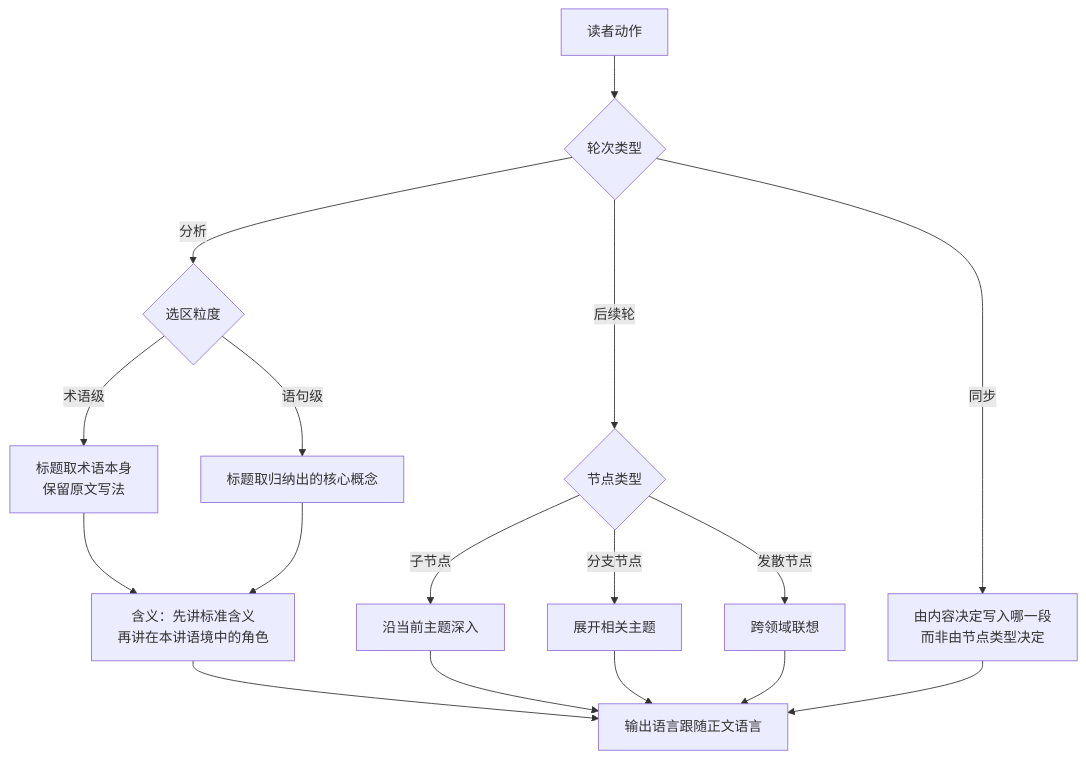
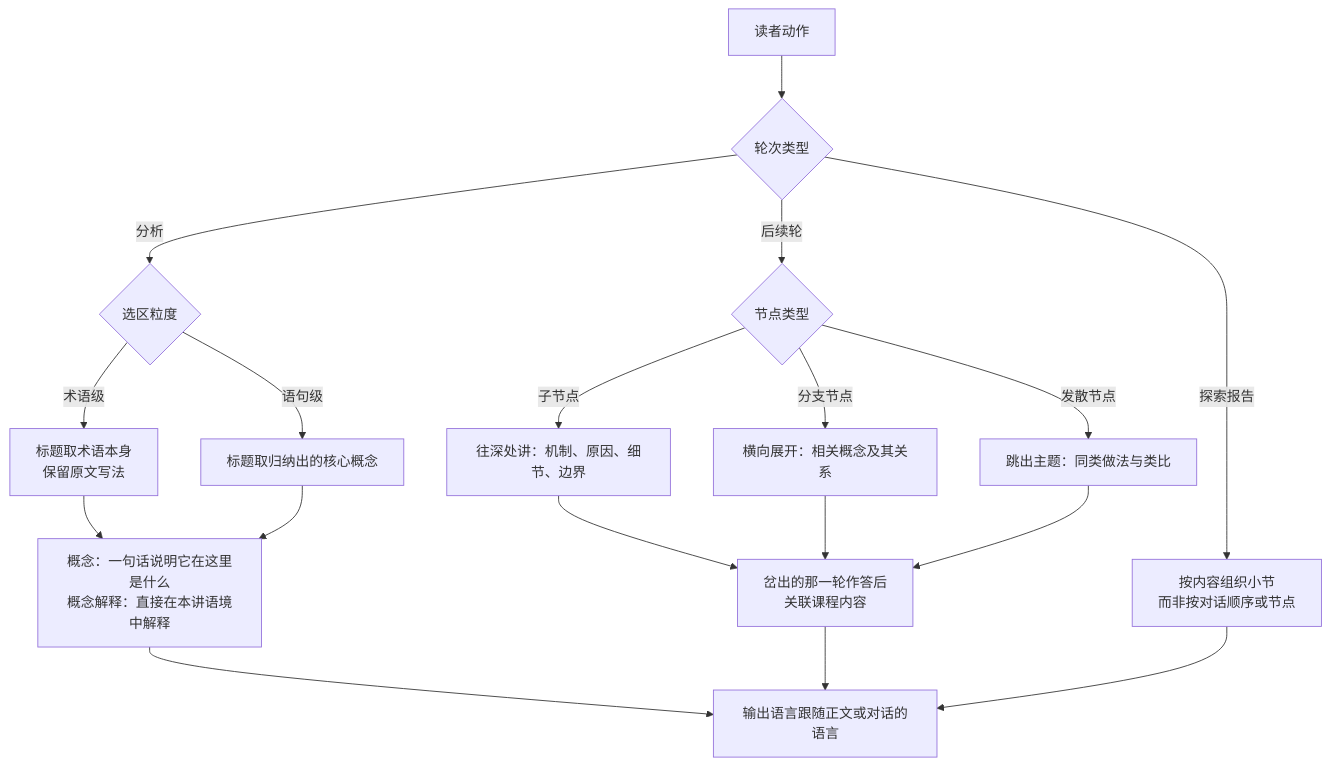
The third of 27 diagrams in docs/tech/Keine_explore_harness_v1.md (Bank5y/Keine), drawn with Mermaid before and after one commit. The commit also changed other lines of this file and 2 other files, not shown here.

````diff
--- a/docs/tech/Keine_explore_harness_v1.md
+++ b/docs/tech/Keine_explore_harness_v1.md
@@ -130,14 +135,15 @@
 ```mermaid
 flowchart TD
   S["读者动作"] --> K{"轮次类型"}
   K -- 分析 --> G{"选区粒度"}
   G -- 术语级 --> T1["标题取术语本身<br/>保留原文写法"]
   G -- 语句级 --> T2["标题取归纳出的核心概念"]
-  T1 & T2 --> M["含义：先讲标准含义<br/>再讲在本讲语境中的角色"]
+  T1 & T2 --> M["概念：一句话说明它在这里是什么<br/>概念解释：直接在本讲语境中解释"]
   K -- 后续轮 --> N{"节点类型"}
-  N -- 子节点 --> F1["沿当前主题深入"]
-  N -- 分支节点 --> F2["展开相关主题"]
-  N -- 发散节点 --> F3["跨领域联想"]
-  K -- 同步 --> Y["由内容决定写入哪一段<br/>而非由节点类型决定"]
-  M & F1 & F2 & F3 & Y --> L["输出语言跟随正文语言"]
+  N -- 子节点 --> F1["往深处讲：机制、原因、细节、边界"]
+  N -- 分支节点 --> F2["横向展开：相关概念及其关系"]
+  N -- 发散节点 --> F3["跳出主题：同类做法与类比"]
+  F1 & F2 & F3 --> C["岔出的那一轮作答后<br/>关联课程内容"]
+  K -- 探索报告 --> Y["按内容组织小节<br/>而非按对话顺序或节点"]
+  M & C & Y --> L["输出语言跟随正文或对话的语言"]
 ```
````
